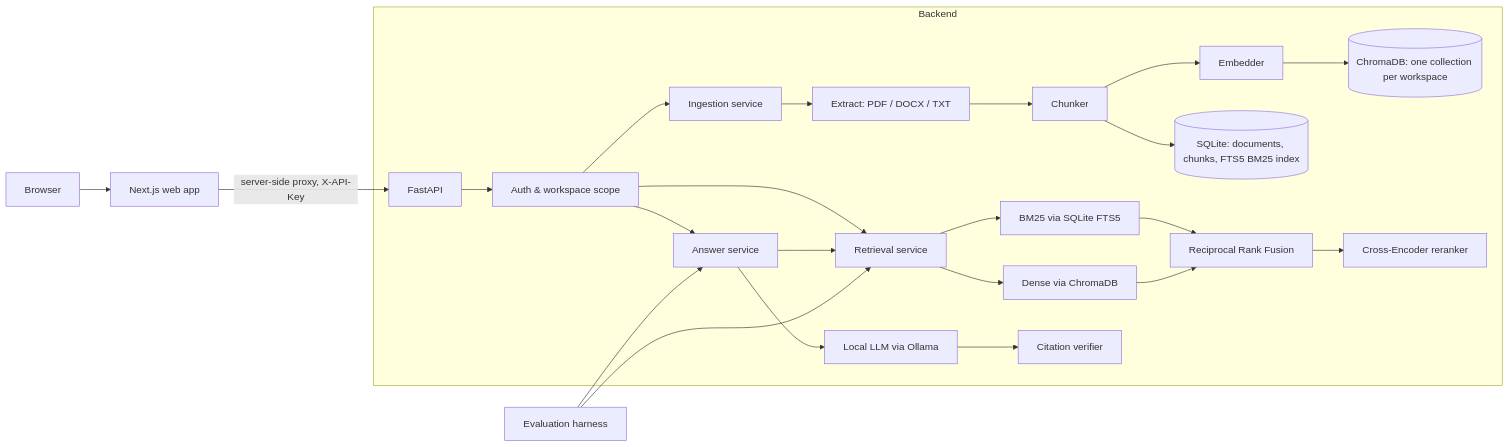
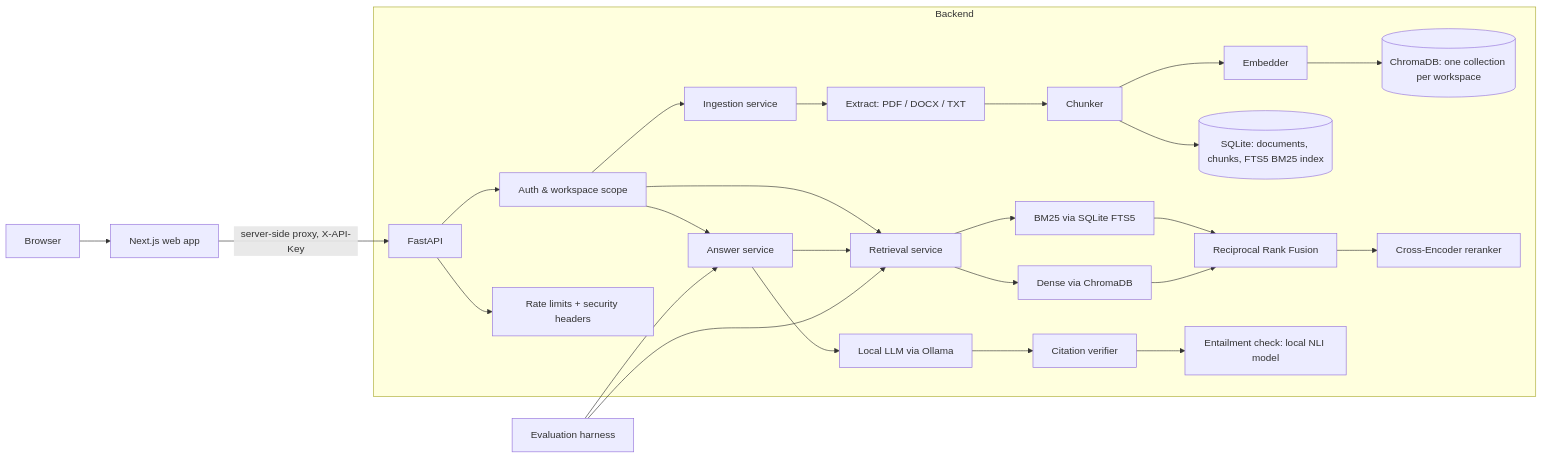
One commit to maksudaakhtertumpa/enterprise-knowledge-ai changed the diagram in docs/ARCHITECTURE.md. Above: the diagram before and after it, drawn with Mermaid. The commit also changed other lines of this file and 70 other files, not shown here.

Commit message:
Phase 7: entailment check, held-out evaluation, rate limits, security hardening

````diff
--- a/docs/ARCHITECTURE.md
+++ b/docs/ARCHITECTURE.md
@@ -7,31 +7,33 @@
 ```mermaid
 flowchart LR
     U[Browser] --> UI[Next.js web app]
     UI -->|server-side proxy, X-API-Key| API[FastAPI]
 
     subgraph Backend
         API --> AUTH[Auth & workspace scope]
         AUTH --> ING[Ingestion service]
         AUTH --> RET[Retrieval service]
         AUTH --> QA[Answer service]
 
         ING --> EXT[Extract: PDF / DOCX / TXT]
         EXT --> CH[Chunker]
         CH --> EMB[Embedder]
         CH --> SQL[(SQLite: documents, chunks, FTS5 BM25 index)]
         EMB --> VDB[(ChromaDB: one collection per workspace)]
 
         RET --> BM25[BM25 via SQLite FTS5]
         RET --> DENSE[Dense via ChromaDB]
         BM25 --> RRF[Reciprocal Rank Fusion]
         DENSE --> RRF
         RRF --> RR[Cross-Encoder reranker]
 
         QA --> RET
         QA --> LLM[Local LLM via Ollama]
         LLM --> CV[Citation verifier]
+        CV --> NLI[Entailment check: local NLI model]
+        API --> RL[Rate limits + security headers]
     end
 
     EVAL[Evaluation harness] --> RET
     EVAL --> QA
 ```
````
